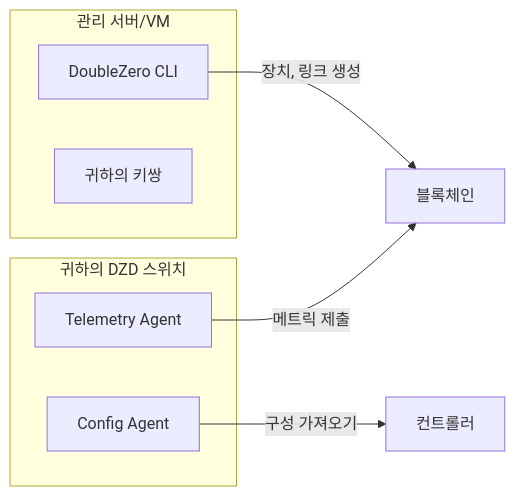
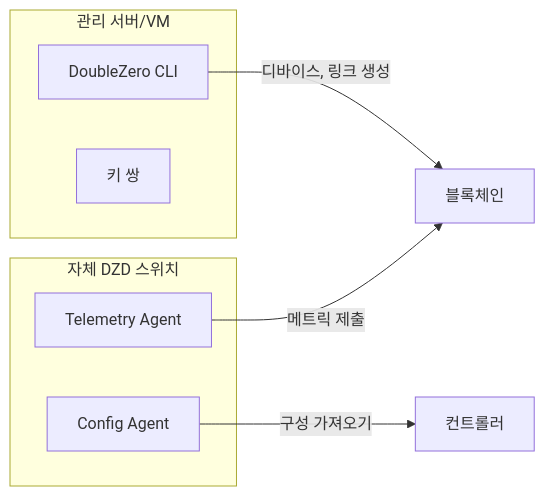
Before and after one commit to malbeclabs/docs: the third of 7 diagrams in docs/contribute-provisioning.ko.md, drawn with Mermaid. The commit also changed other lines of this file and 34 other files, not shown here.

````diff
--- a/docs/contribute-provisioning.ko.md
+++ b/docs/contribute-provisioning.ko.md
@@ -134,16 +175,16 @@
     ```mermaid
     flowchart LR
         subgraph "관리 서버/VM"
             CLI[DoubleZero CLI]
-            KEYS[귀하의 키쌍]
+            KEYS[키 쌍]
         end
 
-        subgraph "귀하의 DZD 스위치"
+        subgraph "자체 DZD 스위치"
             CA[Config Agent]
             TA[Telemetry Agent]
         end
 
-        CLI -->|장치, 링크 생성| BC[블록체인]
+        CLI -->|디바이스, 링크 생성| BC[블록체인]
         CA -->|구성 가져오기| CTRL[컨트롤러]
         TA -->|메트릭 제출| BC
     ```
````
